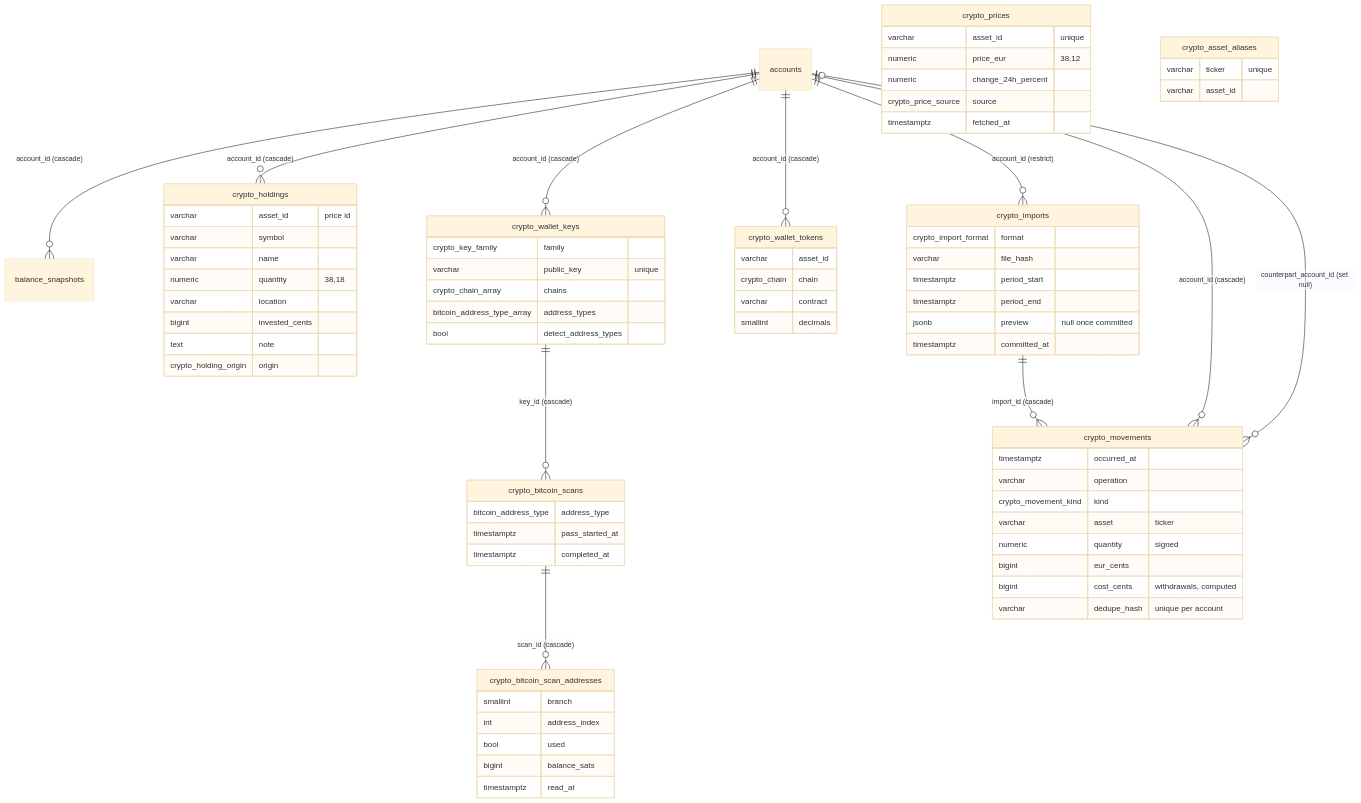
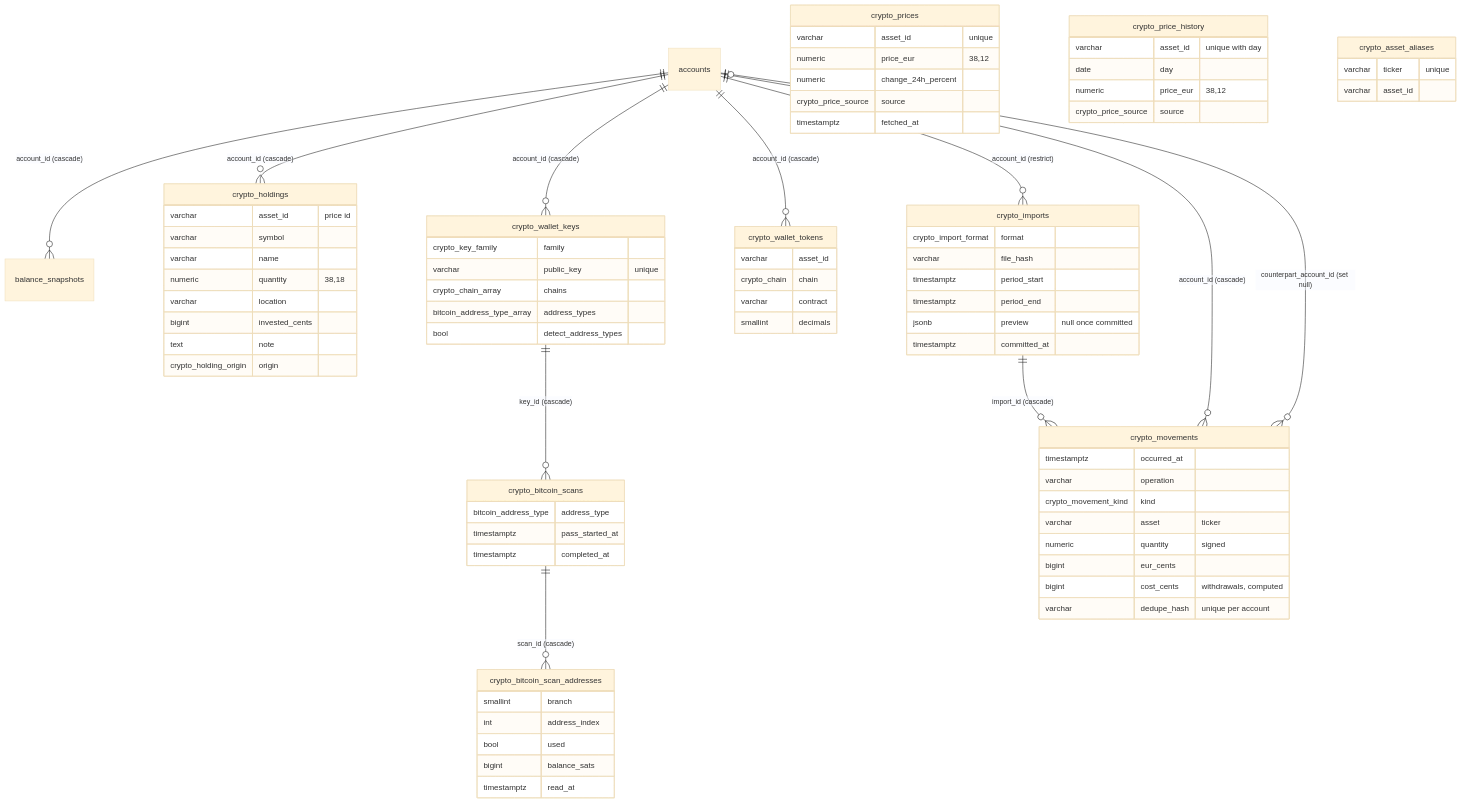
The second of 3 diagrams in docs/architecture/data-model.md (GregoireBDN/capi), drawn with Mermaid (base theme) before and after one commit. The commit also changed other lines of this file and 46 other files, not shown here.

First line of the commit message:
feat: crypto values computed once a day, never typed (#366)

```diff
--- a/docs/architecture/data-model.md
+++ b/docs/architecture/data-model.md
@@ -206,6 +207,12 @@
     numeric change_24h_percent
     crypto_price_source source
     timestamptz fetched_at
+  }
+  crypto_price_history {
+    varchar asset_id "unique with day"
+    date day
+    numeric price_eur "38,12"
+    crypto_price_source source
   }
   crypto_asset_aliases {
     varchar ticker "unique"
```
